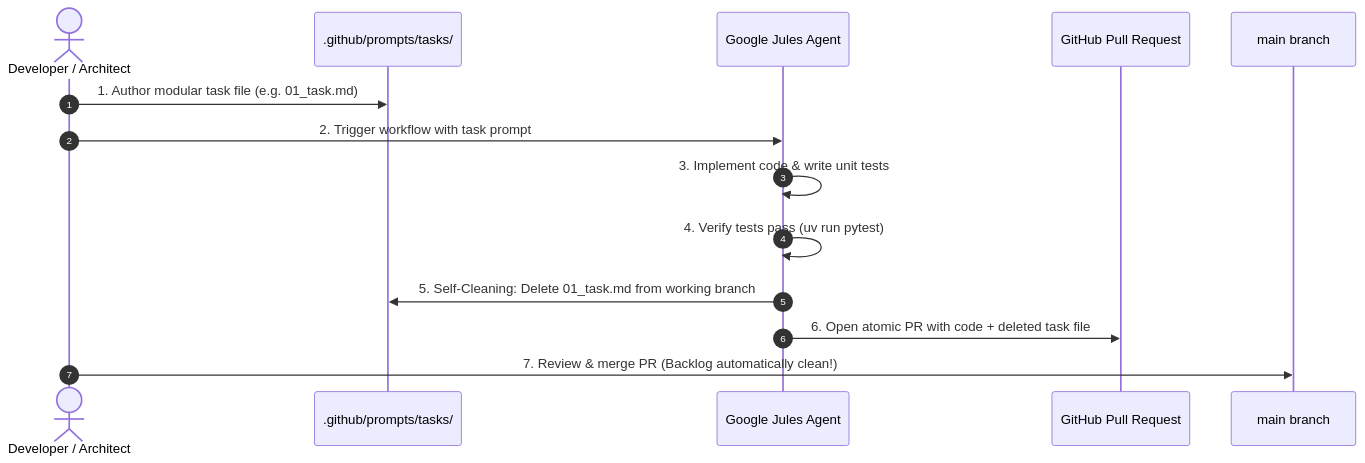
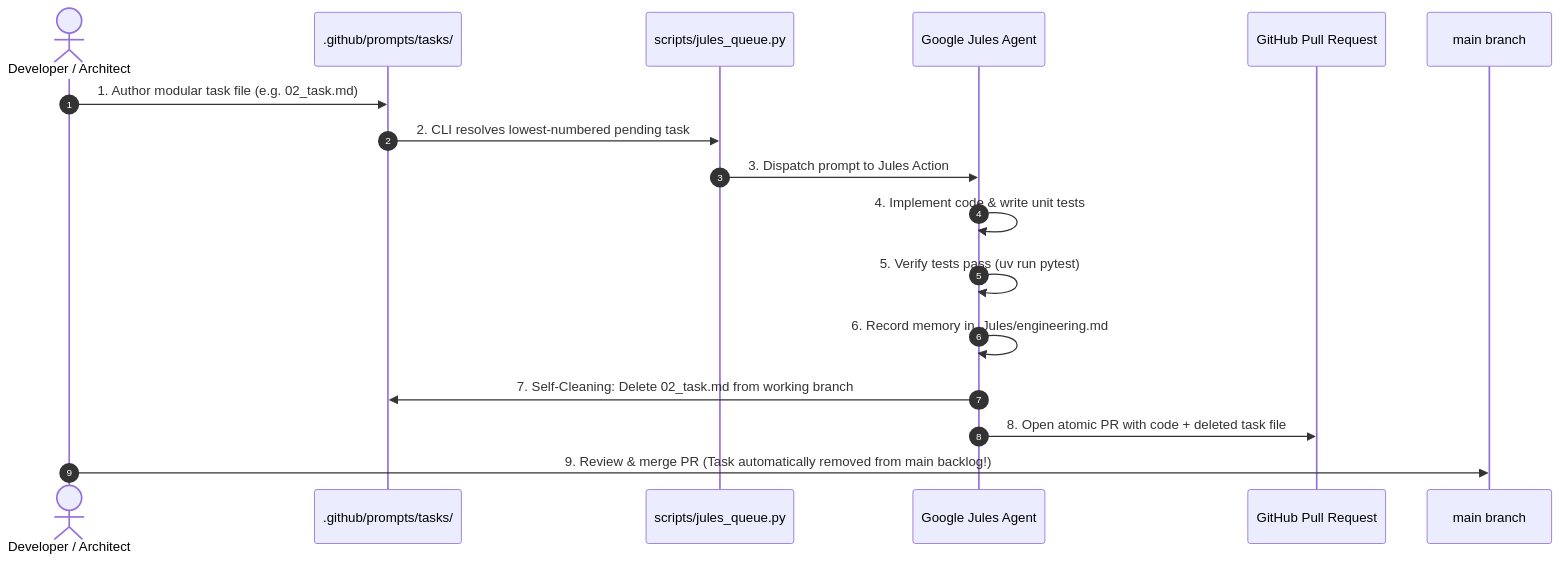
Before and after one commit to mekitmedia/cncf-landscape-a-to-z: the diagram in docs/jules-task-delegation.md, drawn with Mermaid. The commit also changed other lines of this file and 10 other files, not shown here.

Commit message:
feat(ci): implement local jules_queue CLI, composite action, and domain memory

````diff
--- a/docs/jules-task-delegation.md
+++ b/docs/jules-task-delegation.md
@@ -9,17 +9,20 @@
 ```mermaid
 sequenceDiagram
     autonumber
     actor Dev as Developer / Architect
     participant Queue as .github/prompts/tasks/
+    participant CLI as scripts/jules_queue.py
     participant Jules as Google Jules Agent
     participant PR as GitHub Pull Request
     participant Main as main branch
 
-    Dev->>Queue: 1. Author modular task file (e.g. 01_task.md)
-    Dev->>Jules: 2. Trigger workflow with task prompt
-    Jules->>Jules: 3. Implement code & write unit tests
-    Jules->>Jules: 4. Verify tests pass (uv run pytest)
-    Jules->>Queue: 5. Self-Cleaning: Delete 01_task.md from working branch
-    Jules->>PR: 6. Open atomic PR with code + deleted task file
-    Dev->>Main: 7. Review & merge PR (Backlog automatically clean!)
+    Dev->>Queue: 1. Author modular task file (e.g. 02_task.md)
+    Queue->>CLI: 2. CLI resolves lowest-numbered pending task
+    CLI->>Jules: 3. Dispatch prompt to Jules Action
+    Jules->>Jules: 4. Implement code & write unit tests
+    Jules->>Jules: 5. Verify tests pass (uv run pytest)
+    Jules->>Jules: 6. Record memory in .Jules/engineering.md
+    Jules->>Queue: 7. Self-Cleaning: Delete 02_task.md from working branch
+    Jules->>PR: 8. Open atomic PR with code + deleted task file
+    Dev->>Main: 9. Review & merge PR (Task automatically removed from main backlog!)
 ```
````
